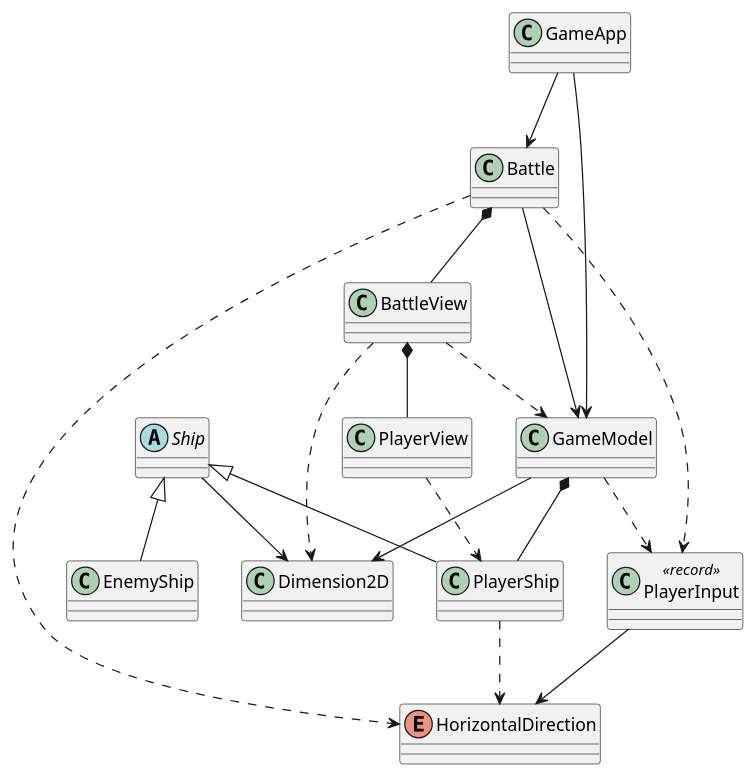
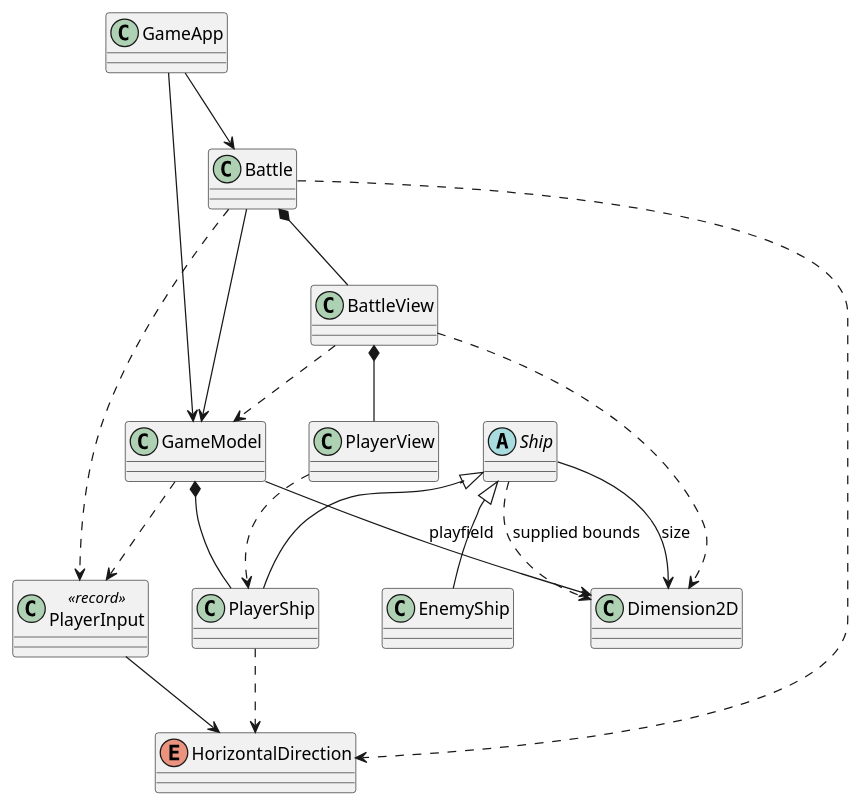
One commit to lishaduck/csse220-project changed the diagram in uml.puml. Above: the diagram before and after it, drawn with PlantUML. The commit also changed 5 other files, not shown here.

Commit message:
Centralize playfield ownership in GameModel

```diff
--- a/uml.puml
+++ b/uml.puml
@@ -1,32 +1,33 @@
 @startuml
 class GameApp
 class Battle
 class BattleView
 class PlayerView
 class GameModel
 abstract class Ship
 class PlayerShip
 class EnemyShip
 class Dimension2D
 class PlayerInput <<record>>
 enum HorizontalDirection
 
 GameApp --> GameModel
 GameApp --> Battle
 Battle *-- BattleView
 Battle --> GameModel
 Battle ..> HorizontalDirection
 Battle ..> PlayerInput
 PlayerInput --> HorizontalDirection
 GameModel ..> PlayerInput
 GameModel *-- PlayerShip
-GameModel --> Dimension2D
+GameModel --> Dimension2D : playfield
 Ship <|-- PlayerShip
 Ship <|-- EnemyShip
-Ship --> Dimension2D
+Ship --> Dimension2D : size
+Ship ..> Dimension2D : supplied bounds
 PlayerShip ..> HorizontalDirection
 BattleView ..> GameModel
 BattleView ..> Dimension2D
 BattleView *-- PlayerView
 PlayerView ..> PlayerShip
 @enduml
```
